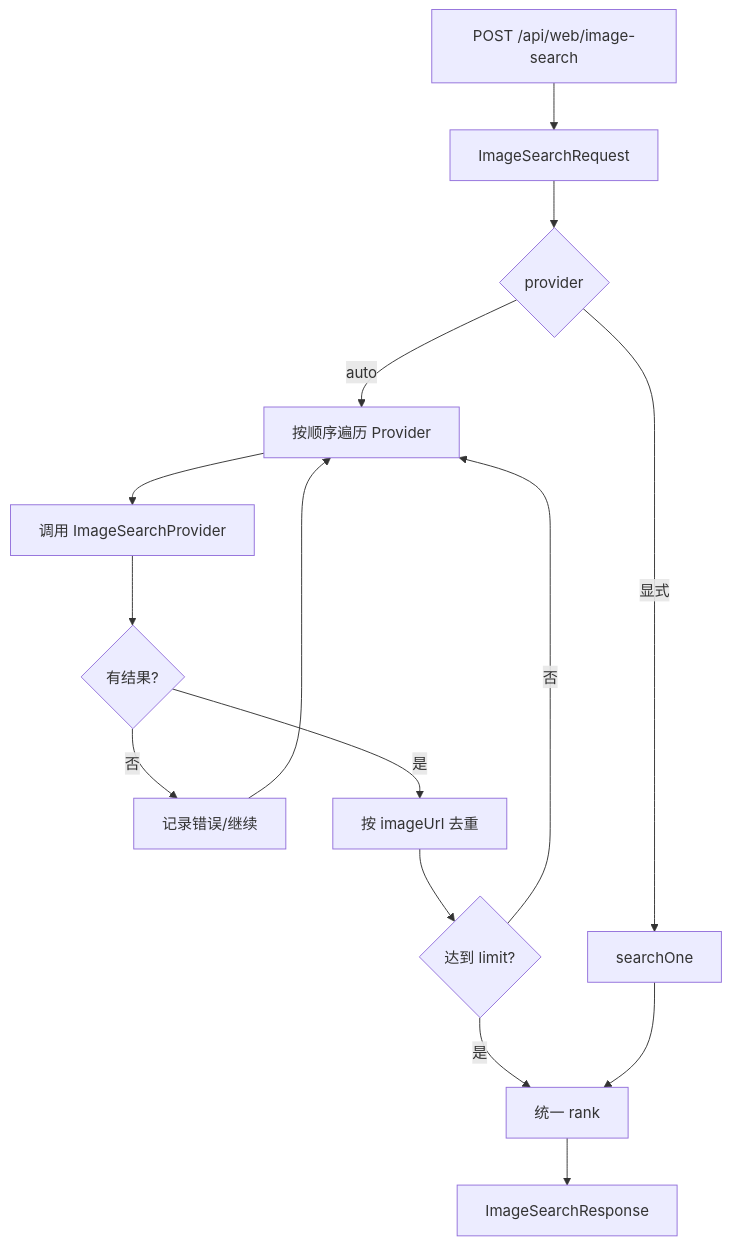
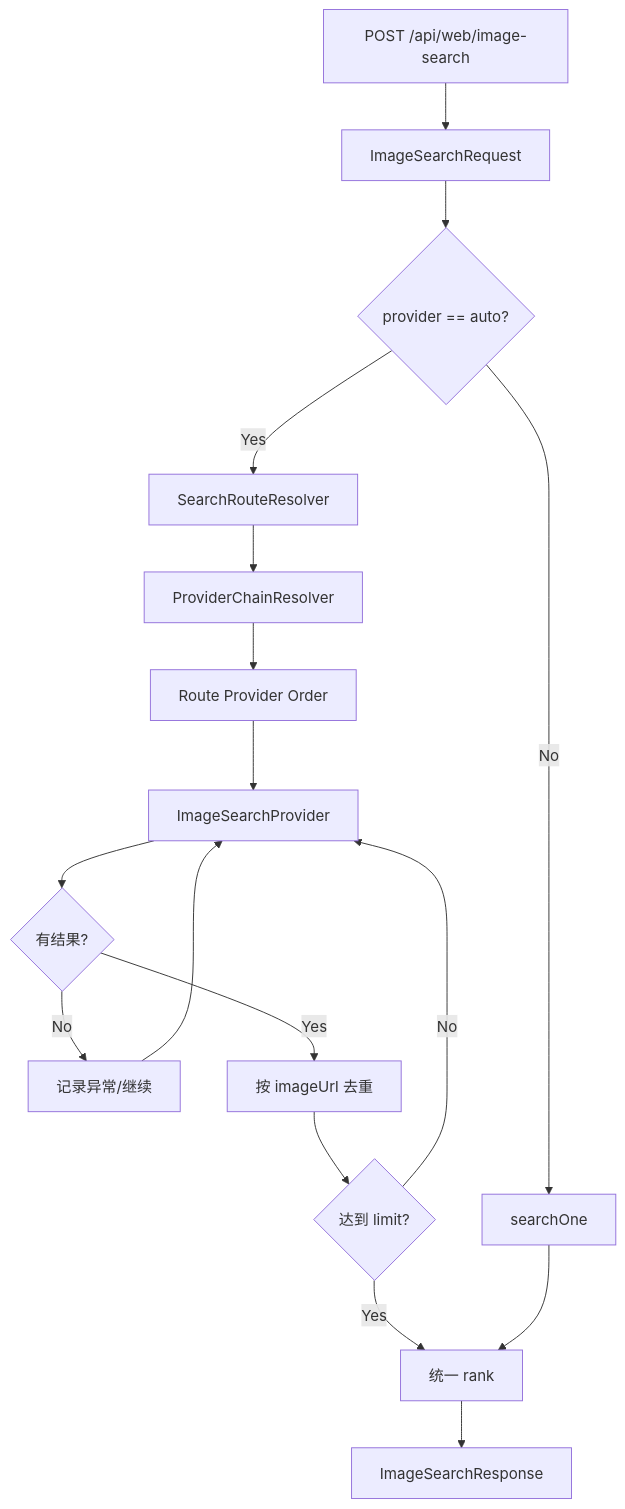
Before and after one commit to changluya/openreach: the diagram in docs/核心搜索接口设计/02-imagesearch核心流程设计.md, drawn with Mermaid. The commit also changed other lines of this file and 83 other files, not shown here.

Commit message:
[master][all][优化更新v1.0.2，增强安全层面优化以及海外渠道打通，搜索图像结果进行不可达内容过滤已优化]

````diff
--- a/docs/核心搜索接口设计/02-imagesearch核心流程设计.md
+++ b/docs/核心搜索接口设计/02-imagesearch核心流程设计.md
@@ -204,17 +79,19 @@
 ```mermaid
 flowchart TD
     A[POST /api/web/image-search] --> B[ImageSearchRequest]
-    B --> C{provider}
-    C -->|显式| D[searchOne]
-    C -->|auto| E[按顺序遍历 Provider]
-    E --> F[调用 ImageSearchProvider]
-    F --> G{有结果?}
-    G -->|否| H[记录错误/继续]
-    H --> E
-    G -->|是| I[按 imageUrl 去重]
-    I --> J{达到 limit?}
-    J -->|否| E
-    J -->|是| K[统一 rank]
-    D --> K
-    K --> L[ImageSearchResponse]
+    B --> C{provider == auto?}
+    C -->|No| D[searchOne]
+    C -->|Yes| E[SearchRouteResolver]
+    E --> F[ProviderChainResolver]
+    F --> G[Route Provider Order]
+    G --> H[ImageSearchProvider]
+    H --> I{有结果?}
+    I -->|No| J[记录异常/继续]
+    J --> H
+    I -->|Yes| K[按 imageUrl 去重]
+    K --> L{达到 limit?}
+    L -->|No| H
+    L -->|Yes| M[统一 rank]
+    D --> M
+    M --> N[ImageSearchResponse]
 ```
````
